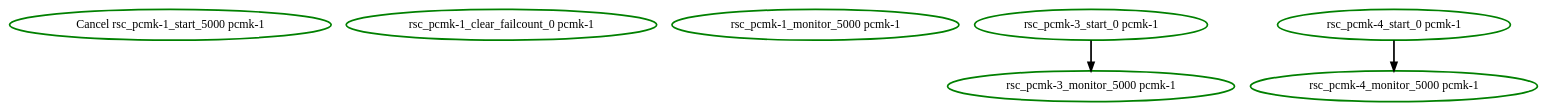
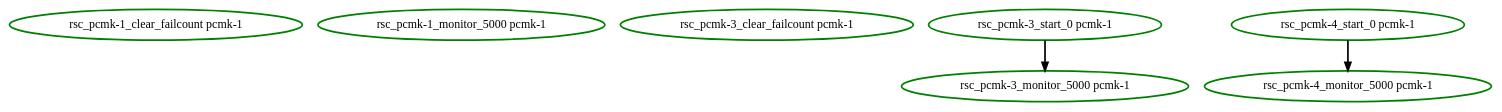
The diagram in pengine/test10/failcount-block.dot (ClusterLabs/pacemaker), drawn with Graphviz before and after one commit. The commit also changed 6 other files, not shown here.

```diff
--- a/pengine/test10/failcount-block.dot
+++ b/pengine/test10/failcount-block.dot
@@ -1,11 +1,11 @@
 digraph "g" {
-"Cancel rsc_pcmk-1_start_5000 pcmk-1" [ style=bold color="green" fontcolor="black"]
-"rsc_pcmk-1_clear_failcount_0 pcmk-1" [ style=bold color="green" fontcolor="black"]
+"rsc_pcmk-1_clear_failcount pcmk-1" [ style=bold color="green" fontcolor="black"]
 "rsc_pcmk-1_monitor_5000 pcmk-1" [ style=bold color="green" fontcolor="black"]
+"rsc_pcmk-3_clear_failcount pcmk-1" [ style=bold color="green" fontcolor="black"]
 "rsc_pcmk-3_monitor_5000 pcmk-1" [ style=bold color="green" fontcolor="black"]
 "rsc_pcmk-3_start_0 pcmk-1" -> "rsc_pcmk-3_monitor_5000 pcmk-1" [ style = bold]
 "rsc_pcmk-3_start_0 pcmk-1" [ style=bold color="green" fontcolor="black"]
 "rsc_pcmk-4_monitor_5000 pcmk-1" [ style=bold color="green" fontcolor="black"]
 "rsc_pcmk-4_start_0 pcmk-1" -> "rsc_pcmk-4_monitor_5000 pcmk-1" [ style = bold]
 "rsc_pcmk-4_start_0 pcmk-1" [ style=bold color="green" fontcolor="black"]
 }
```
